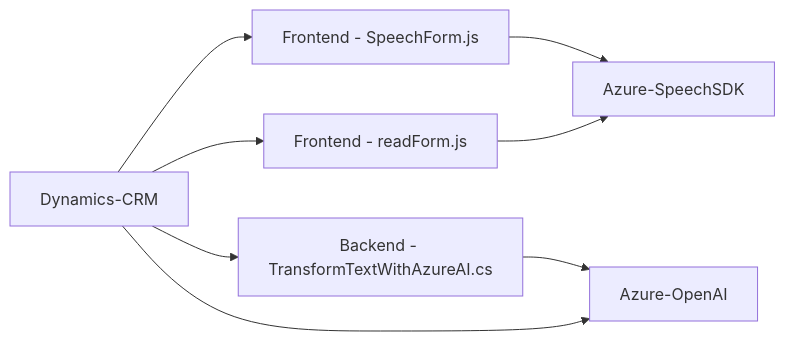
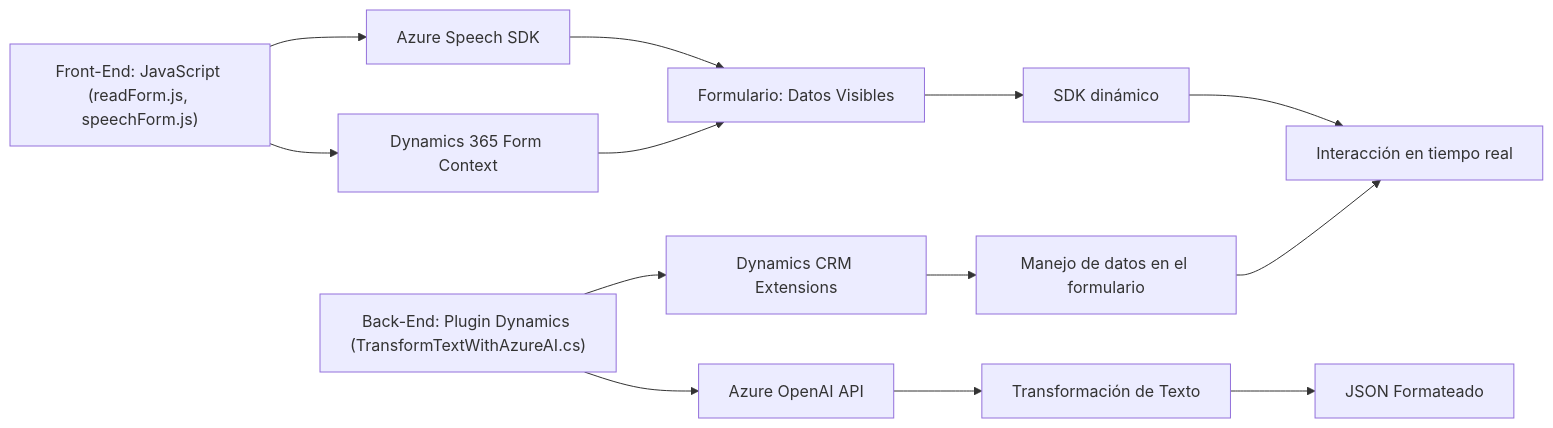
The diagram in README.md (blopezdm/NETCORE_BILBAO2025), drawn with Mermaid before and after one commit. The commit also changed other lines of this file, not shown here.

````diff
--- a/README.md
+++ b/README.md
@@ -42,17 +46,16 @@
 ```mermaid
 graph LR
-    A["Frontend - SpeechForm.js"]
-    B["Frontend - readForm.js"]
-    C["Backend - TransformTextWithAzureAI.cs"]
-    D["Azure-SpeechSDK"]
-    E["Azure-OpenAI"]
-    F["Dynamics-CRM"]
-
-    F --> A
-    F --> B
-    F --> C
-    C --> E
-    A --> D
-    B --> D
-    F --> E
+    A["Front-End: JavaScript (readForm.js, speechForm.js)"] --> B["Azure Speech SDK"]
+    A --> C["Dynamics 365 Form Context"]
+    B --> D["Procesamiento de Voz y Texto"]
+    C --> D["Formulario: Datos Visibles"]
+    D --> E["SDK dinámico"]
+    E --> F["Interacción en tiempo real"]
+    
+    G["Back-End: Plugin Dynamics (TransformTextWithAzureAI.cs)"] --> H["Azure OpenAI API"]
+    H --> I["Transformación de Texto"]
+    I --> J["JSON Formateado"]
+    G --> K["Dynamics CRM Extensions"]
+    K --> L["Manejo de datos en el formulario"]
+    L --> F
 ```
````
